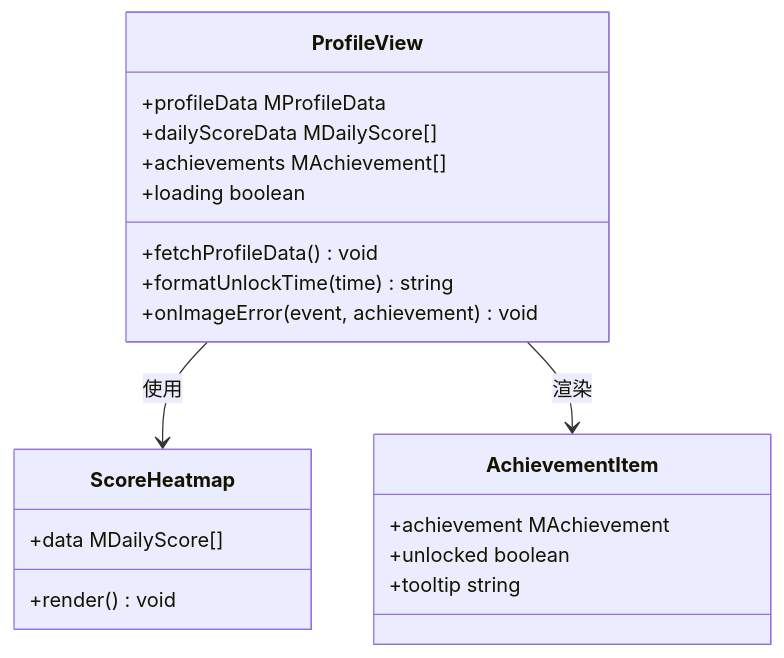
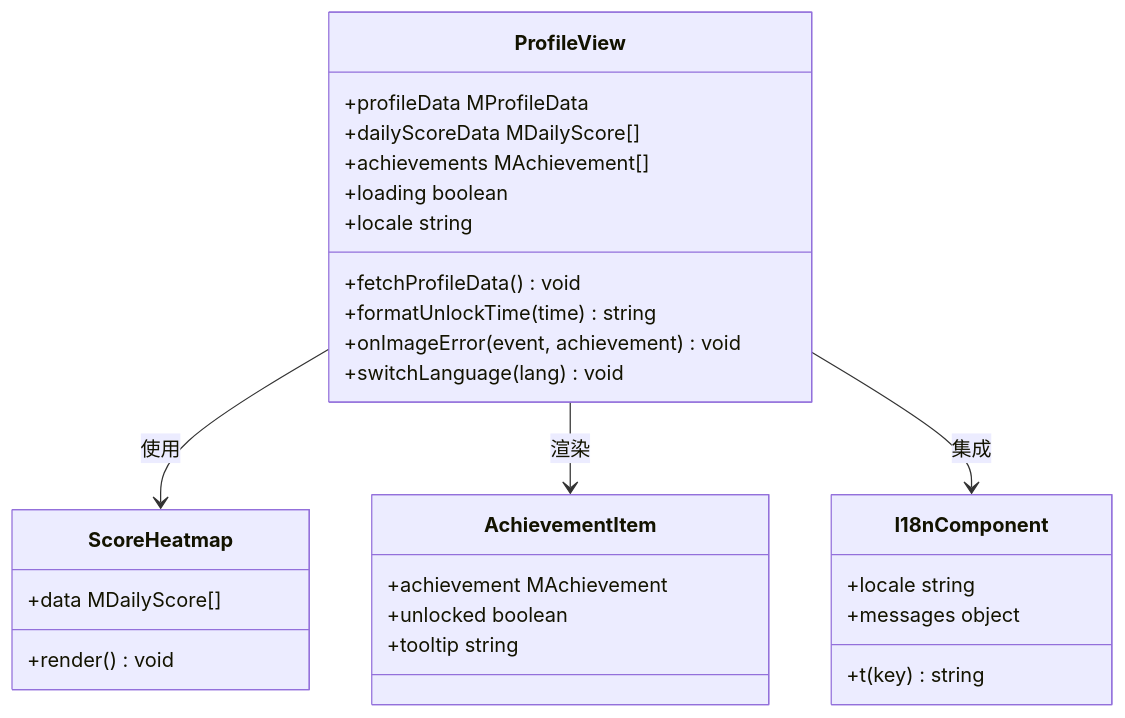
The sixth of 22 diagrams in .qoder/repowiki/zh/content/后端 API 服务/用户管理模块/个人资料系统.md (TinyMaD/SpeedRunnersLab), drawn with Mermaid before and after one commit. The commit also changed other lines of this file and 34 other files, not shown here.

````diff
--- a/.qoder/repowiki/zh/content/后端 API 服务/用户管理模块/个人资料系统.md
+++ b/.qoder/repowiki/zh/content/后端 API 服务/用户管理模块/个人资料系统.md
@@ -328,23 +364,31 @@
 ```mermaid
 classDiagram
 class ProfileView {
 +profileData MProfileData
 +dailyScoreData MDailyScore[]
 +achievements MAchievement[]
 +loading boolean
++locale string
 +fetchProfileData() void
 +formatUnlockTime(time) string
 +onImageError(event, achievement) void
++switchLanguage(lang) void
 }
 class ScoreHeatmap {
 +data MDailyScore[]
 +render() void
 }
 class AchievementItem {
 +achievement MAchievement
 +unlocked boolean
 +tooltip string
 }
+class I18nComponent {
++locale string
++messages object
++t(key) string
+}
 ProfileView --> ScoreHeatmap : 使用
 ProfileView --> AchievementItem : 渲染
+ProfileView --> I18nComponent : 集成
 ```
````
